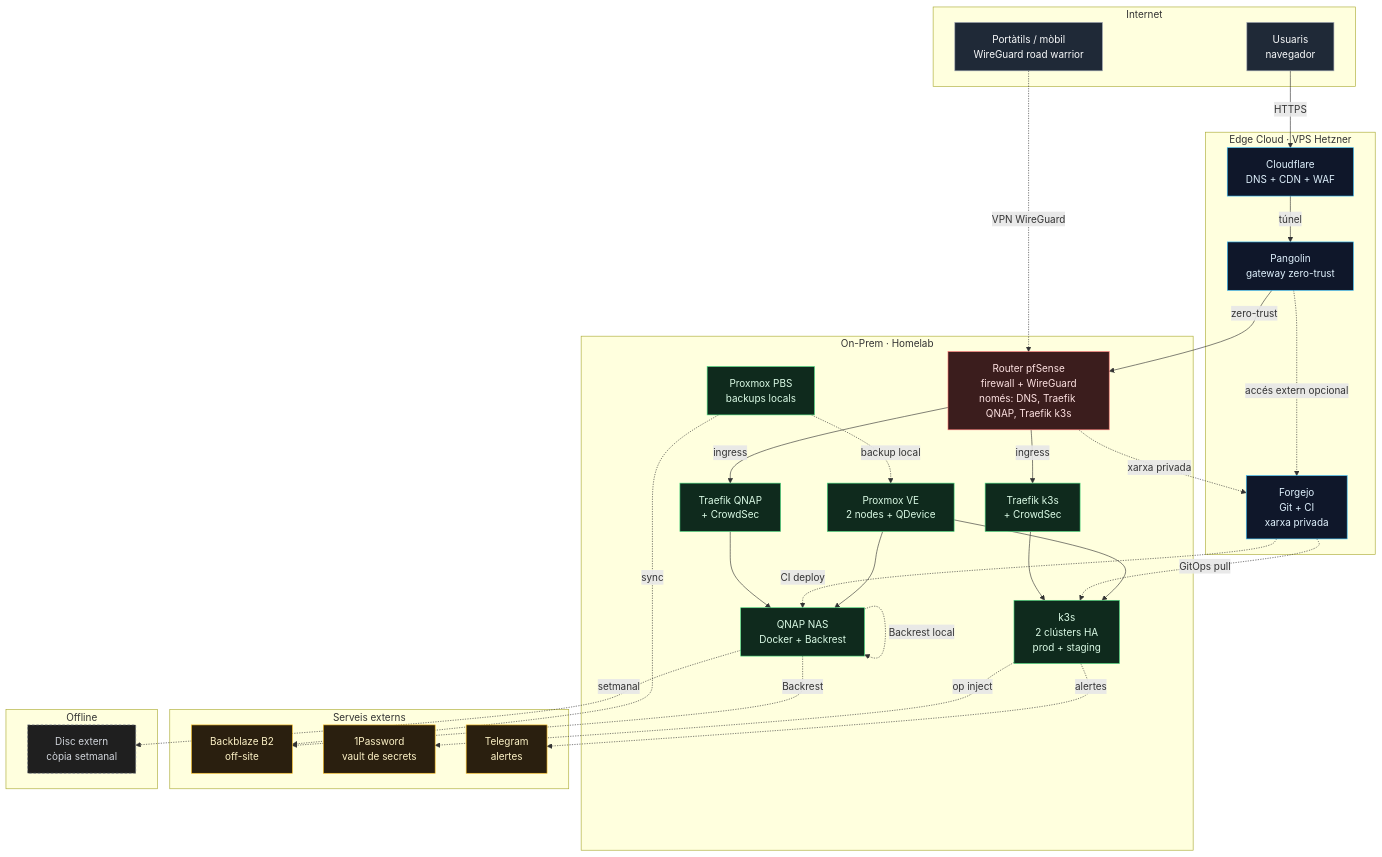
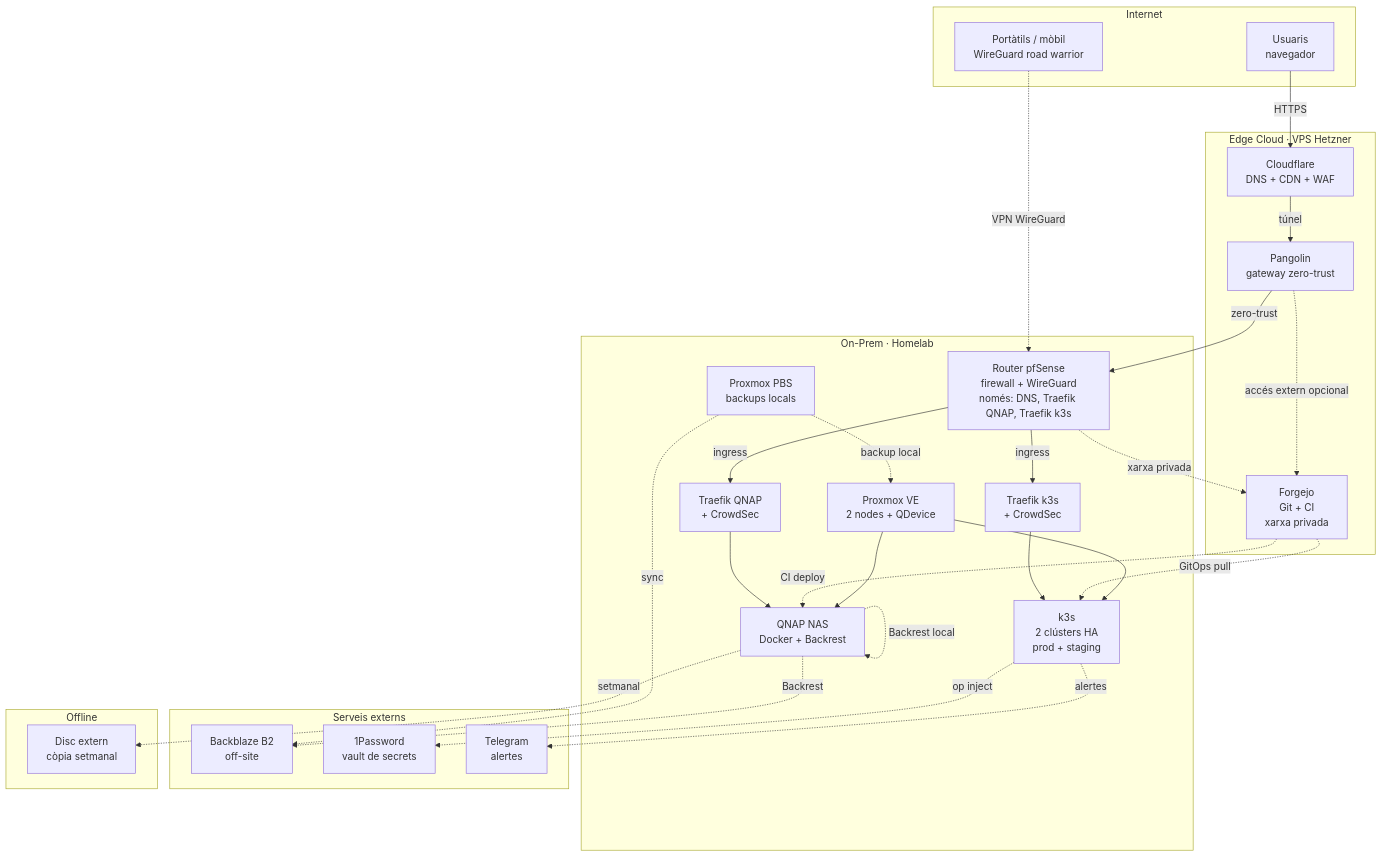
Before and after one commit to aygosan/portfoli: the diagram in content/ca/architecture.md, drawn with Mermaid. The commit also changed 3 other files, not shown here.

Commit message:
web: Mermaid amb la paleta dels SVG (fons #0b0f0c, caixes #131a15, accents #4ade80)

```diff
--- a/content/ca/architecture.md
+++ b/content/ca/architecture.md
@@ -25,75 +25,61 @@
 {{< mermaid >}}
-
 flowchart TB
-    classDef ext fill:#1f2937,stroke:#9ca3af,color:#f9fafb,stroke-width:1px
-    classDef edge fill:#0f172a,stroke:#38bdf8,color:#e0f2fe,stroke-width:1px
-    classDef fw fill:#3b1d1d,stroke:#f87171,color:#fee2e2,stroke-width:1px
-    classDef onprem fill:#0f2a1d,stroke:#4ade80,color:#dcfce7,stroke-width:1px
-    classDef sec fill:#2a1f0f,stroke:#fbbf24,color:#fef3c7,stroke-width:1px
-    classDef off fill:#1f1f1f,stroke:#6b7280,color:#d1d5db,stroke-width:1px,stroke-dasharray:4 3
 
     subgraph Internet["Internet"]
         USER["Usuaris<br/>navegador"]
         REMOTE["Portàtils / mòbil<br/>WireGuard road warrior"]
     end
 
     subgraph Edge["Edge Cloud · VPS Hetzner"]
         CF["Cloudflare<br/>DNS + CDN + WAF"]
         PANGOLIN["Pangolin<br/>gateway zero-trust"]
         FORGEJO["Forgejo<br/>Git + CI<br/>xarxa privada"]
     end
 
     subgraph OnPrem["On-Prem · Homelab"]
         PFSENSE["Router pfSense<br/>firewall + WireGuard<br/>només: DNS, Traefik QNAP, Traefik k3s"]
         PROXMOX["Proxmox VE<br/>2 nodes + QDevice"]
         K8S["k3s<br/>2 clústers HA<br/>prod + staging"]
         QNAP["QNAP NAS<br/>Docker + Backrest"]
         TRAEFIK_K["Traefik k3s<br/>+ CrowdSec"]
         TRAEFIK_Q["Traefik QNAP<br/>+ CrowdSec"]
         PBS["Proxmox PBS<br/>backups locals"]
     end
 
     subgraph Ext["Serveis externs"]
         B2["Backblaze B2<br/>off-site"]
         ONEPW["1Password<br/>vault de secrets"]
         TG["Telegram<br/>alertes"]
     end
 
     subgraph Off["Offline"]
         EXTDISK["Disc extern<br/>còpia setmanal"]
     end
 
     CF -->|túnel| PANGOLIN
     USER -->|HTTPS| CF
     PANGOLIN -->|zero-trust| PFSENSE
 
     PFSENSE -->|ingress| TRAEFIK_Q
     PFSENSE -->|ingress| TRAEFIK_K
     TRAEFIK_Q --> QNAP
     TRAEFIK_K --> K8S
 
     REMOTE -.->|VPN WireGuard| PFSENSE
     PFSENSE -.->|xarxa privada| FORGEJO
     PANGOLIN -.->|accés extern opcional| FORGEJO
 
     FORGEJO -.->|GitOps pull| K8S
     FORGEJO -.->|CI deploy| QNAP
 
     PROXMOX --> K8S
     PROXMOX --> QNAP
     PBS -.->|backup local| PROXMOX
     PBS -.->|sync| B2
     QNAP -.->|Backrest local| QNAP
     QNAP -.->|Backrest| B2
     QNAP -.->|setmanal| EXTDISK
 
     K8S -.->|op inject| ONEPW
     K8S -.->|alertes| TG
-
-    class USER,REMOTE ext
-    class CF,PANGOLIN,FORGEJO edge
-    class PFSENSE fw
-    class PROXMOX,K8S,QNAP,TRAEFIK_K,TRAEFIK_Q,PBS onprem
-    class B2,ONEPW,TG sec
-    class EXTDISK off
 {{< /mermaid >}}
```
